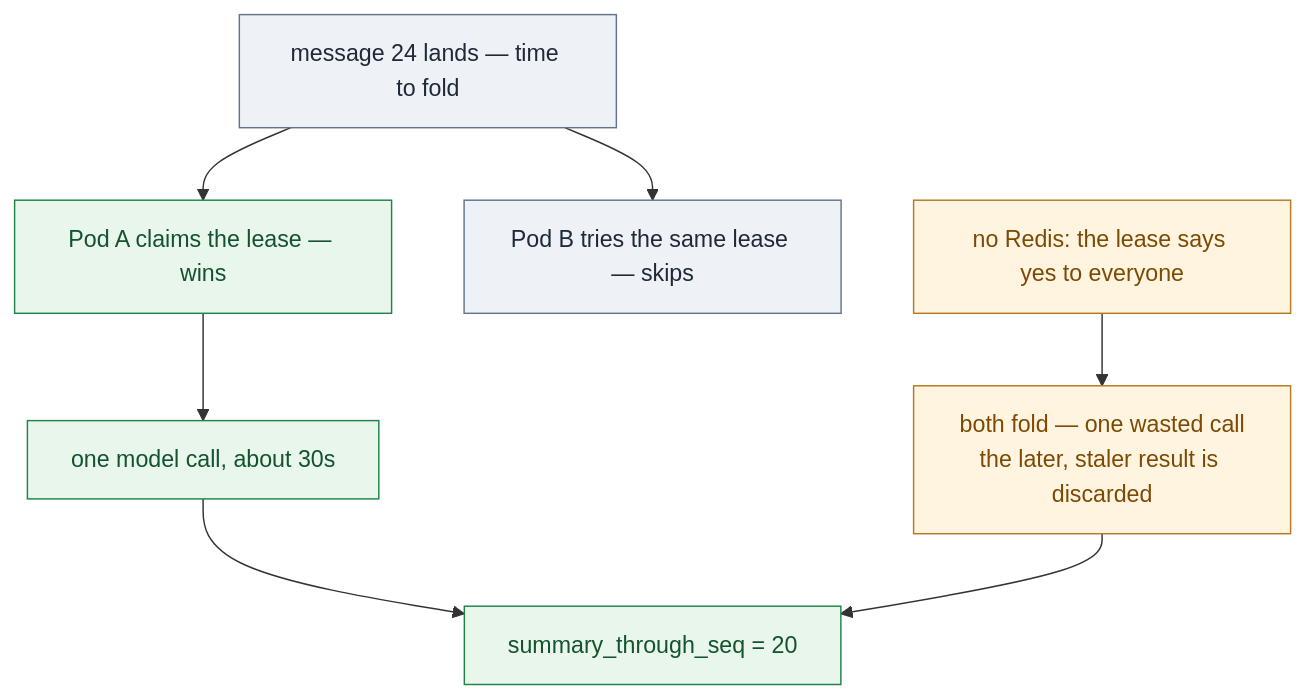
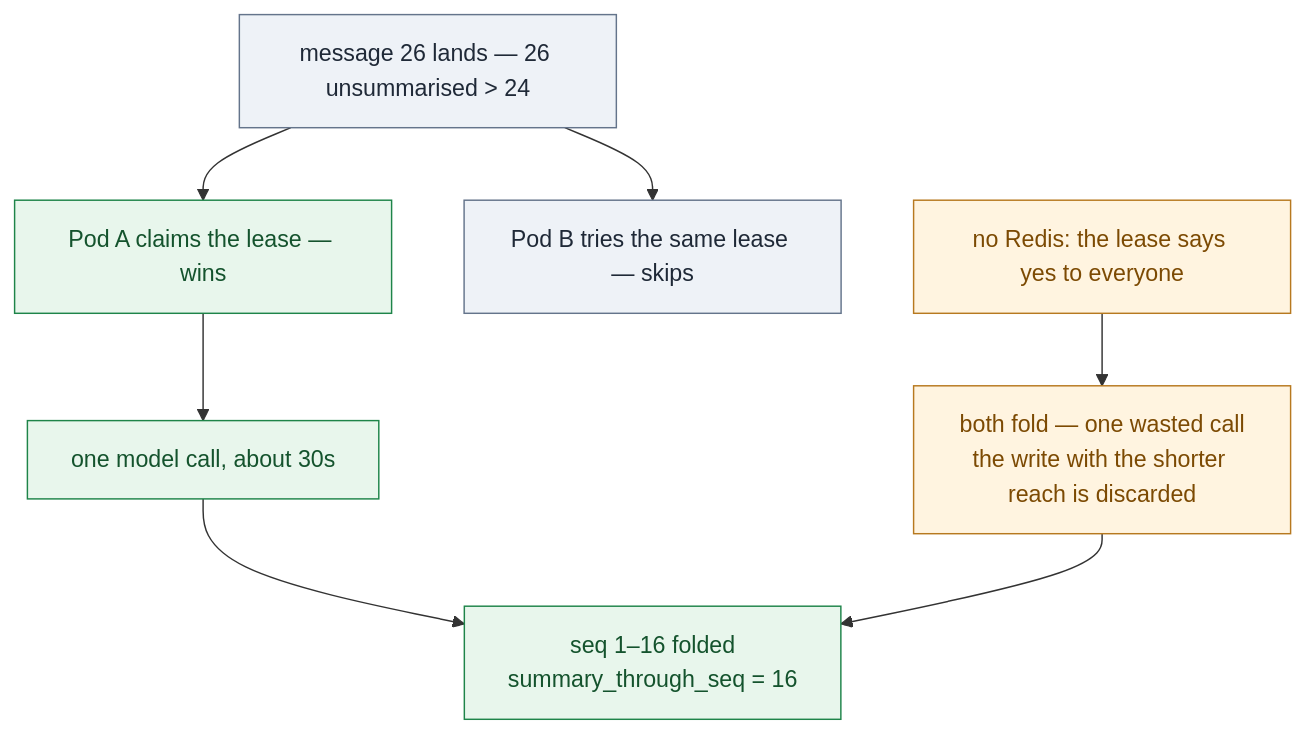
Diagram 15 of 19 in docs/TESTING-SCALING.md (selvakumarperumal/Corporate_Filing_Analyzer_Agent), drawn with Mermaid before and after one commit. The commit also changed other lines of this file, not shown here.

Commit message:
docs: clarify conversation folding and lease verification in scaling guide

````diff
--- a/docs/TESTING-SCALING.md
+++ b/docs/TESTING-SCALING.md
@@ -1808,18 +1850,18 @@
 ```mermaid
 flowchart TB
-  T["message 24 lands — time to fold"] --> A["Pod A claims the lease — wins"]
+  T["message 26 lands — 26 unsummarised > 24"] --> A["Pod A claims the lease — wins"]
   T --> B["Pod B tries the same lease — skips"]
   A --> M["one model call, about 30s"]
-  M --> W["summary_through_seq = 20"]
-  NR["no Redis: the lease says yes to everyone"] --> D["both fold — one wasted call<br/>the later, staler result is discarded"]
+  M --> W["seq 1–16 folded<br/>summary_through_seq = 16"]
+  NR["no Redis: the lease says yes to everyone"] --> D["both fold — one wasted call<br/>the write with the shorter reach is discarded"]
   D --> W
   classDef step fill:#eef2f7,stroke:#64748b,color:#1f2937
   classDef bad fill:#fdecea,stroke:#c0392b,color:#7b1c14
   classDef good fill:#e8f6ec,stroke:#1e8449,color:#14532d
   classDef warn fill:#fff4e0,stroke:#b7791f,color:#7c4a03
   classDef fix fill:#eef2ff,stroke:#4f46e5,color:#312e81
   class T step
   class A,M,W good
   class B step
   class NR,D warn
 ```
````
